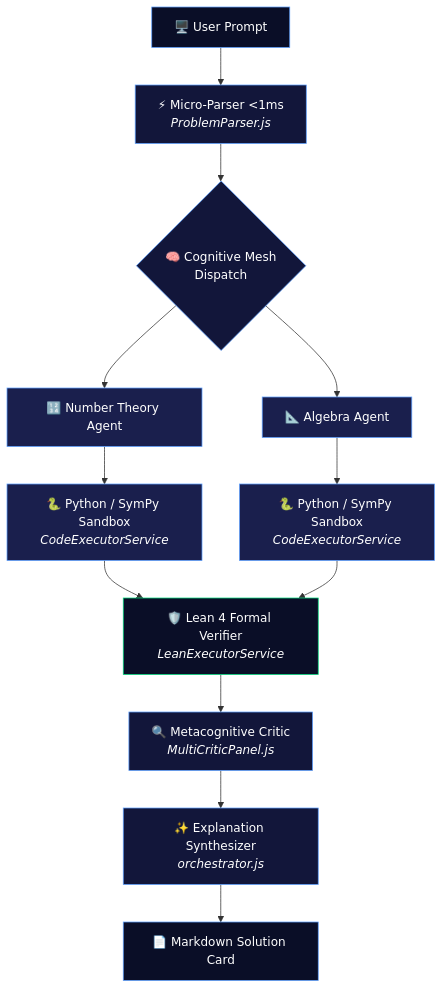
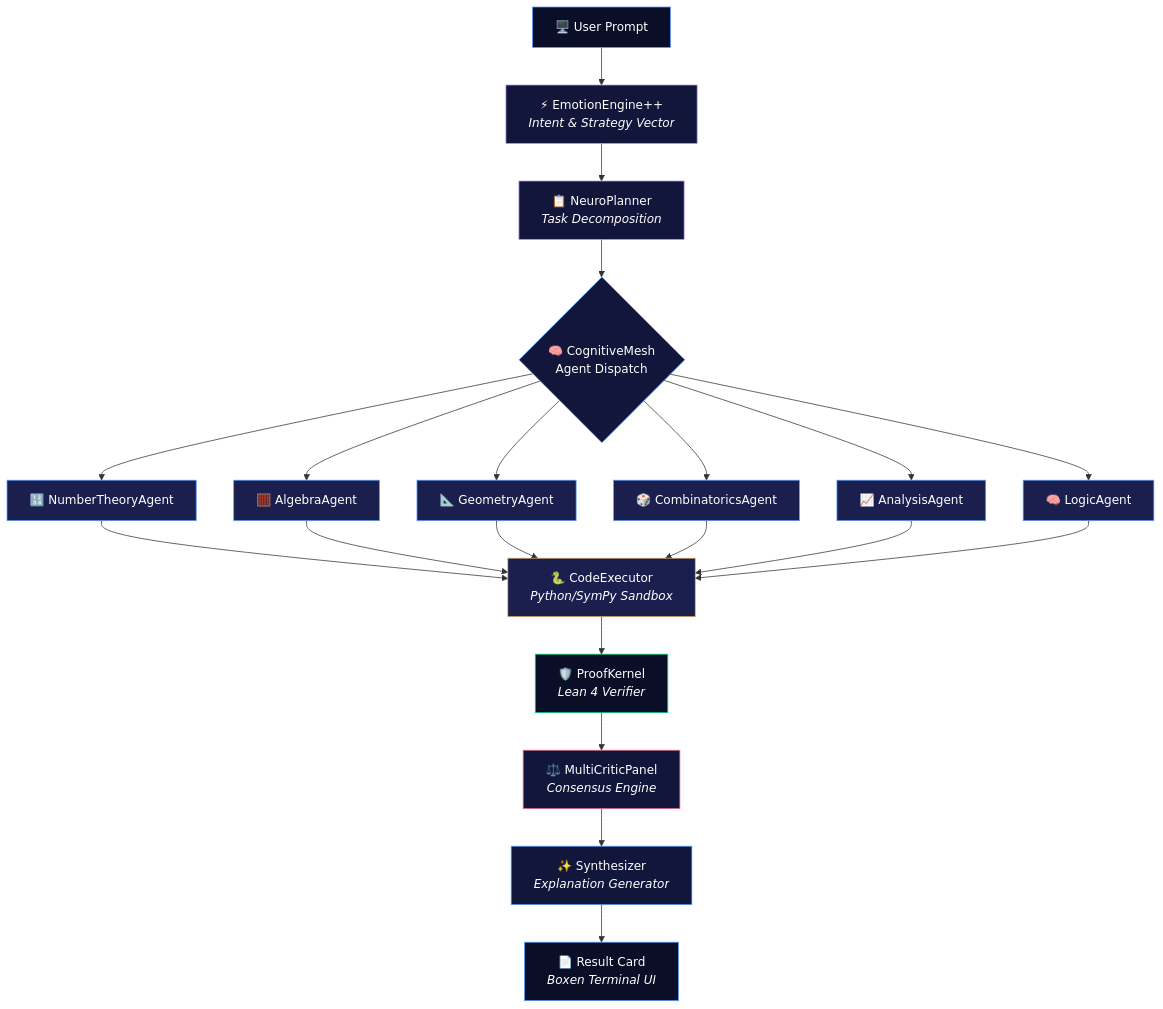
One commit to Muaviatanveer/NeuroSyn-Math changed the diagram in README.md. Above: the diagram before and after it, drawn with Mermaid. The commit also changed other lines of this file, not shown here.

Commit message:
docs: comprehensive README rewrite with architecture, benchmarks, spectral graph theory test, and model config guide

````diff
--- a/README.md
+++ b/README.md
@@ -88,26 +67,41 @@
 ```mermaid
 flowchart TD
-    A["🖥️ User Prompt"] --> B["⚡ Micro-Parser <1ms<br/><i>ProblemParser.js</i>"]
-    B --> C{"🧠 Cognitive Mesh<br/>Dispatch"}
-    C --> D["🔢 Number Theory Agent"]
-    C --> E["📐 Algebra Agent"]
-    D --> F["🐍 Python / SymPy Sandbox<br/><i>CodeExecutorService</i>"]
-    E --> G["🐍 Python / SymPy Sandbox<br/><i>CodeExecutorService</i>"]
-    F --> H["🛡️ Lean 4 Formal Verifier<br/><i>LeanExecutorService</i>"]
-    G --> H
-    H --> I["🔍 Metacognitive Critic<br/><i>MultiCriticPanel.js</i>"]
-    I --> J["✨ Explanation Synthesizer<br/><i>orchestrator.js</i>"]
-    J --> K["📄 Markdown Solution Card"]
+    A["🖥️ User Prompt"] --> B["⚡ EmotionEngine++<br/><i>Intent & Strategy Vector</i>"]
+    B --> C["📋 NeuroPlanner<br/><i>Task Decomposition</i>"]
+    C --> D{"🧠 CognitiveMesh<br/>Agent Dispatch"}
+
+    D --> E["🔢 NumberTheoryAgent"]
+    D --> F["🧮 AlgebraAgent"]
+    D --> G["📐 GeometryAgent"]
+    D --> H["🎲 CombinatoricsAgent"]
+    D --> I["📈 AnalysisAgent"]
+    D --> J["🧠 LogicAgent"]
+
+    E --> K["🐍 CodeExecutor<br/><i>Python/SymPy Sandbox</i>"]
+    F --> K
+    G --> K
+    H --> K
+    I --> K
+    J --> K
+
+    K --> L["🛡️ ProofKernel<br/><i>Lean 4 Verifier</i>"]
+    L --> M["⚖️ MultiCriticPanel<br/><i>Consensus Engine</i>"]
+    M --> N["✨ Synthesizer<br/><i>Explanation Generator</i>"]
+    N --> O["📄 Result Card<br/><i>Boxen Terminal UI</i>"]
 
     style A fill:#0A0E27,stroke:#5EA0FF,color:#fff
-    style B fill:#12163A,stroke:#5EA0FF,color:#fff
-    style C fill:#12163A,stroke:#5EA0FF,color:#fff
-    style D fill:#1A1F4D,stroke:#5EA0FF,color:#fff
+    style B fill:#12163A,stroke:#BB9AF7,color:#fff
+    style C fill:#12163A,stroke:#BB9AF7,color:#fff
+    style D fill:#12163A,stroke:#5EA0FF,color:#fff
     style E fill:#1A1F4D,stroke:#5EA0FF,color:#fff
     style F fill:#1A1F4D,stroke:#5EA0FF,color:#fff
     style G fill:#1A1F4D,stroke:#5EA0FF,color:#fff
-    style H fill:#0A0E27,stroke:#00D97E,color:#fff
-    style I fill:#12163A,stroke:#5EA0FF,color:#fff
-    style J fill:#12163A,stroke:#5EA0FF,color:#fff
-    style K fill:#0A0E27,stroke:#5EA0FF,color:#fff
+    style H fill:#1A1F4D,stroke:#5EA0FF,color:#fff
+    style I fill:#1A1F4D,stroke:#5EA0FF,color:#fff
+    style J fill:#1A1F4D,stroke:#5EA0FF,color:#fff
+    style K fill:#1A1F4D,stroke:#E0AF68,color:#fff
+    style L fill:#0A0E27,stroke:#00D97E,color:#fff
+    style M fill:#12163A,stroke:#F7768E,color:#fff
+    style N fill:#12163A,stroke:#5EA0FF,color:#fff
+    style O fill:#0A0E27,stroke:#5EA0FF,color:#fff
 ```
````
